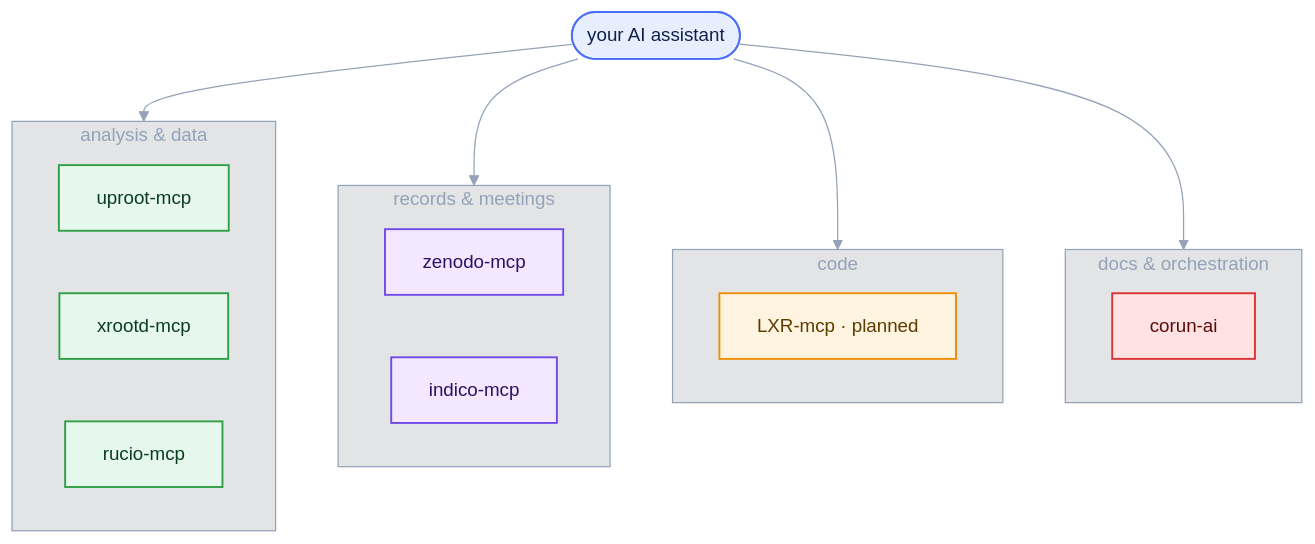
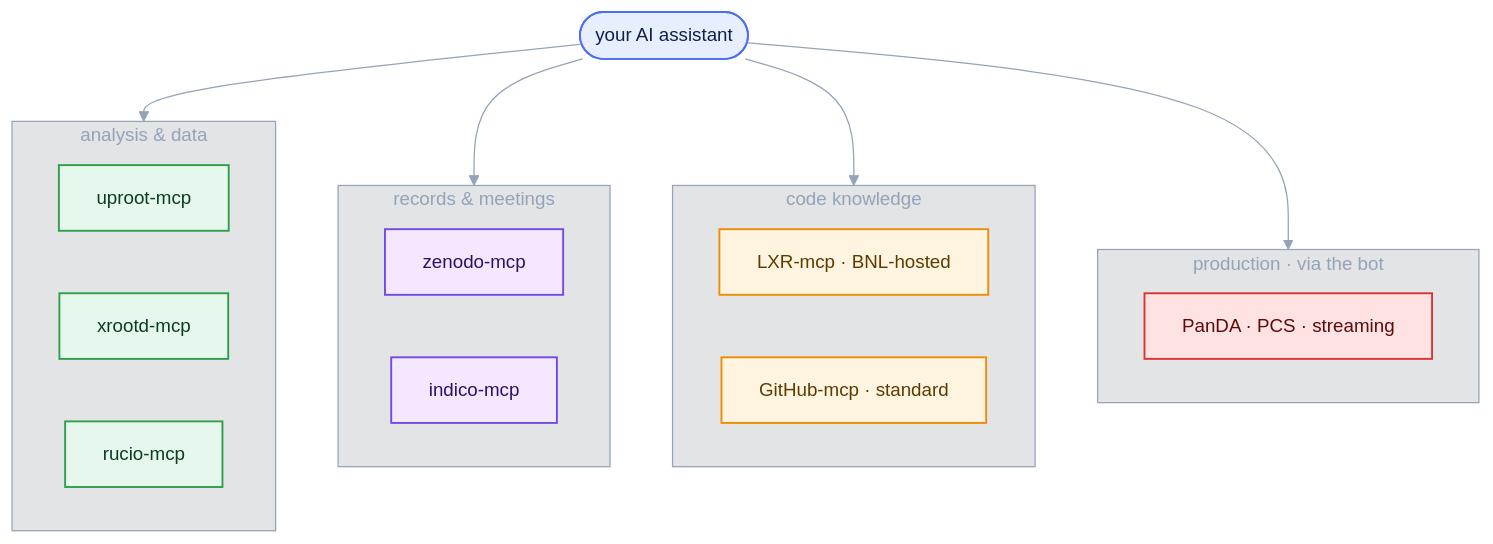
One commit to eic/tutorial-mcp changed the first of 2 diagrams in episodes/06-eic-mcp-servers.md. Above: the diagram before and after it, drawn with Mermaid. The commit also changed other lines of this file, not shown here.

````diff
--- a/episodes/06-eic-mcp-servers.md
+++ b/episodes/06-eic-mcp-servers.md
@@ -68,40 +71,44 @@
 ```mermaid
 %%{init: {'theme':'base', 'themeVariables': {'fontSize':'15px','lineColor':'#94a3b8','edgeLabelBackground':'#e2e8f0','clusterBkg':'#1f293720','clusterBorder':'#94a3b8','titleColor':'#94a3b8'}}}%%
 flowchart TB
     accTitle: {EIC MCP server catalogue}
     accDescr: {EIC MCP server catalogue}
     A(["your AI assistant"]):::core
     A --> DATA
     A --> REC
     A --> CODE
-    A --> ORCH
+    A --> PROD
     subgraph DATA["analysis & data"]
         direction LR
         UP["uproot-mcp"]:::tool
         XR["xrootd-mcp"]:::tool
         RU["rucio-mcp"]:::tool
     end
     subgraph REC["records & meetings"]
         direction LR
         ZE["zenodo-mcp"]:::rec
         IN["indico-mcp"]:::rec
     end
-    subgraph CODE["code"]
-        LX["LXR-mcp · planned"]:::code
+    subgraph CODE["code knowledge"]
+        direction LR
+        LX["LXR-mcp · BNL-hosted"]:::code
+        GH["GitHub-mcp · standard"]:::code
     end
-    subgraph ORCH["docs & orchestration"]
-        CO["corun-ai"]:::pkg
+    subgraph PROD["production · via the bot"]
+        direction LR
+        PB["PanDA · PCS · streaming"]:::pkg
     end
     classDef core fill:#e7efff,stroke:#4c6ef5,stroke-width:1.5px,color:#10204a;
     classDef tool fill:#e6f7ed,stroke:#2f9e44,stroke-width:1.5px,color:#0b3d1f;
     classDef rec fill:#f3e8ff,stroke:#7048e8,stroke-width:1.5px,color:#2e1065;
     classDef code fill:#fff4e0,stroke:#f08c00,stroke-width:1.5px,color:#5c3b00;
     classDef pkg fill:#ffe3e3,stroke:#e03131,stroke-width:1.5px,color:#5c0a0a;
     click UP "https://github.com/eic/uproot-mcp-server" _blank
     click XR "https://github.com/eic/xrootd-mcp-server" _blank
     click RU "https://github.com/eic/rucio-eic-mcp-server" _blank
     click ZE "https://github.com/eic/zenodo-mcp-server" _blank
     click IN "https://github.com/cohm/indico-mcp" _blank
     click LX "https://eic-code-browser.sdcc.bnl.gov/lxr/source" _blank
-    click CO "https://github.com/BNLNPPS/corun-ai" _blank
+    click GH "https://github.com/github/github-mcp-server" _blank
+    click PB "https://chat.epic-eic.org/main/channels/pandabot" _blank
 ```
````
